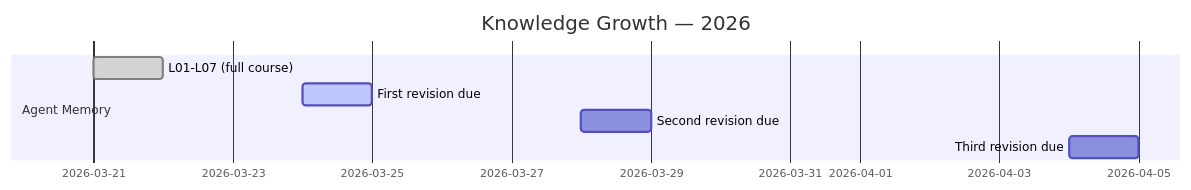
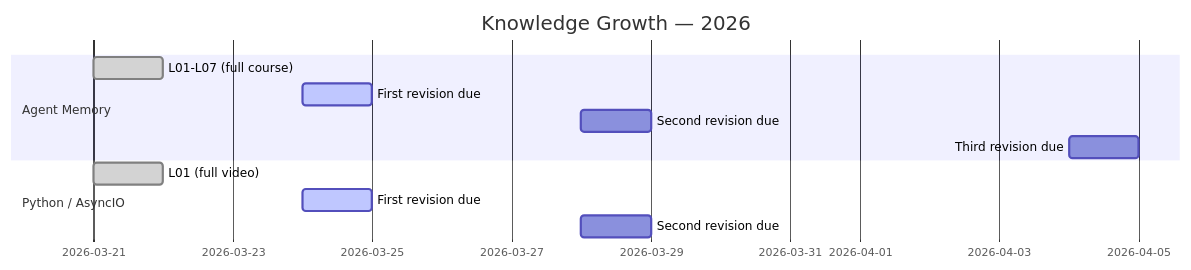
The diagram in _maps/learning-journey.md (AyushSonuu/my-memory), drawn with Mermaid before and after one commit. The commit also changed other lines of this file and 7 other files, not shown here.

Commit message:
🗺️ full Tier 2 sync: all maps, READMEs, timeline, connections — 2 topics, GitHub Pages ready

````diff
--- a/_maps/learning-journey.md
+++ b/_maps/learning-journey.md
@@ -5,11 +5,16 @@
 ```mermaid
 gantt
     title Knowledge Growth — 2026
     dateFormat YYYY-MM-DD
 
     section Agent Memory
     L01-L07 (full course)       :done, am, 2026-03-21, 1d
     First revision due          :active, rev1, 2026-03-24, 1d
     Second revision due         :rev2, 2026-03-28, 1d
     Third revision due          :rev3, 2026-04-04, 1d
+
+    section Python / AsyncIO
+    L01 (full video)            :done, aio, 2026-03-21, 1d
+    First revision due          :active, aiorev1, 2026-03-24, 1d
+    Second revision due         :aiorev2, 2026-03-28, 1d
 ```
````
